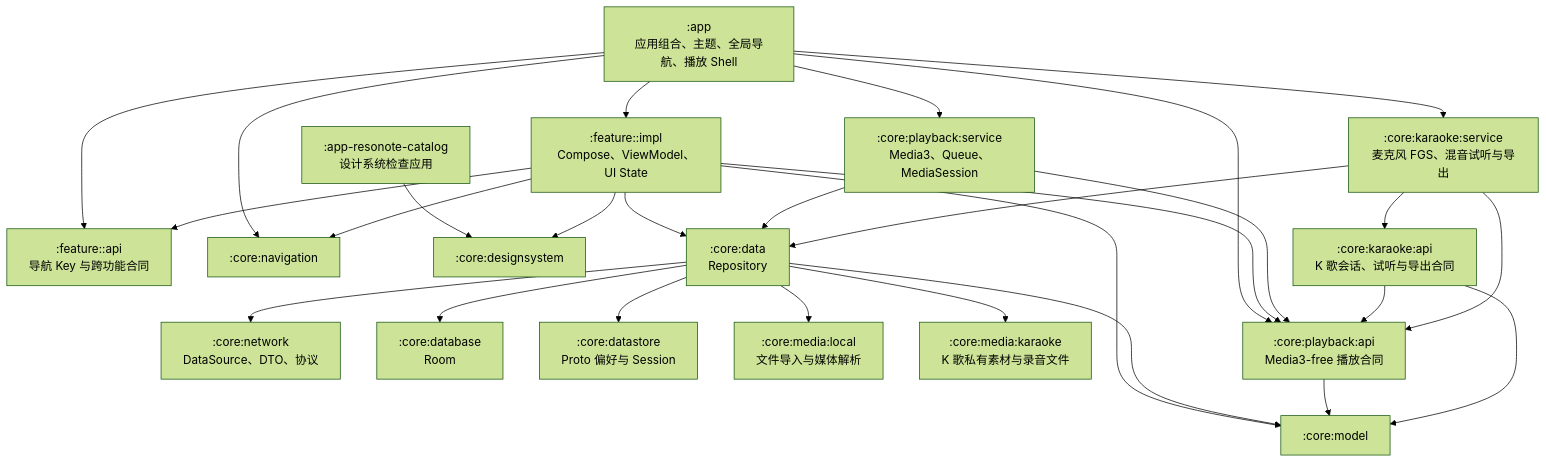
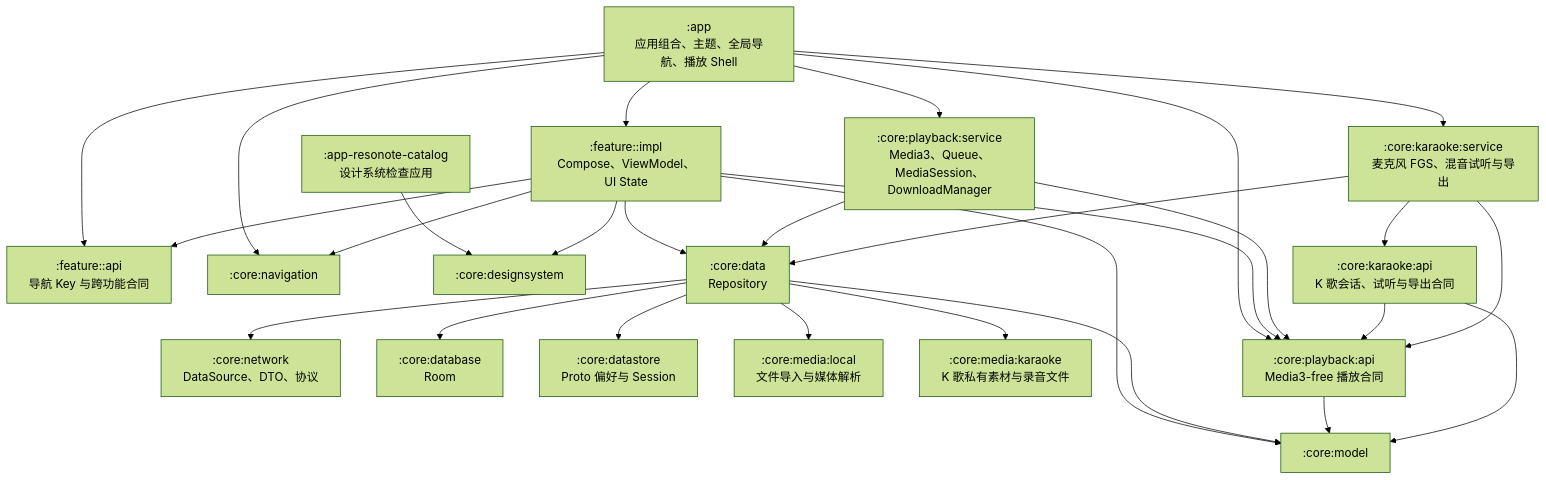
The first of 4 diagrams in docs/ARCHITECTURE.md (JamesGZM/Resonote), drawn with Mermaid (forest theme) before and after one commit. The commit also changed other lines of this file and 53 other files, not shown here.

````diff
--- a/docs/ARCHITECTURE.md
+++ b/docs/ARCHITECTURE.md
@@ -15,53 +15,53 @@
 ```mermaid
 flowchart TB
     app[":app\n应用组合、主题、全局导航、播放 Shell"]
     catalog[":app-resonote-catalog\n设计系统检查应用"]
 
     featureApi[":feature:<name>:api\n导航 Key 与跨功能合同"]
     featureImpl[":feature:<name>:impl\nCompose、ViewModel、UI State"]
 
     navigation[":core:navigation"]
     design[":core:designsystem"]
     model[":core:model"]
     data[":core:data\nRepository"]
     network[":core:network\nDataSource、DTO、协议"]
     database[":core:database\nRoom"]
     datastore[":core:datastore\nProto 偏好与 Session"]
     local[":core:media:local\n文件导入与媒体解析"]
     karaokeMedia[":core:media:karaoke\nK 歌私有素材与录音文件"]
     playbackApi[":core:playback:api\nMedia3-free 播放合同"]
-    playbackService[":core:playback:service\nMedia3、Queue、MediaSession"]
+    playbackService[":core:playback:service\nMedia3、Queue、MediaSession、DownloadManager"]
     karaokeApi[":core:karaoke:api\nK 歌会话、试听与导出合同"]
     karaokeService[":core:karaoke:service\n麦克风 FGS、混音试听与导出"]
 
     app --> featureApi
     app --> featureImpl
     app --> navigation
     app --> playbackApi
     app --> playbackService
     app --> karaokeService
     catalog --> design
 
     featureImpl --> featureApi
     featureImpl --> navigation
     featureImpl --> design
     featureImpl --> model
     featureImpl --> data
     featureImpl --> playbackApi
 
     data --> model
     data --> network
     data --> database
     data --> datastore
     data --> local
     data --> karaokeMedia
 
     playbackApi --> model
     playbackService --> playbackApi
     playbackService --> data
     karaokeApi --> model
     karaokeApi --> playbackApi
     karaokeService --> karaokeApi
     karaokeService --> playbackApi
     karaokeService --> data
 ```
````
